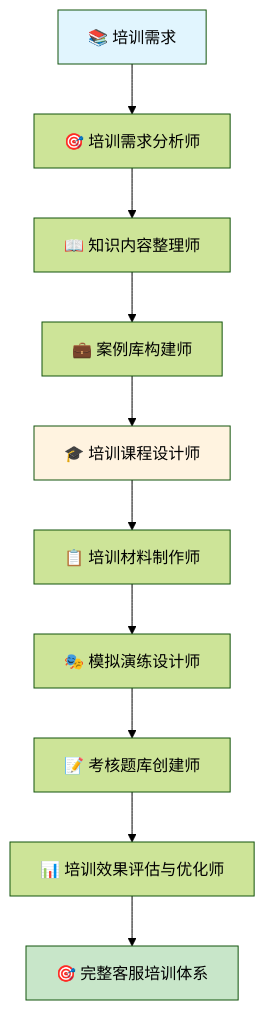
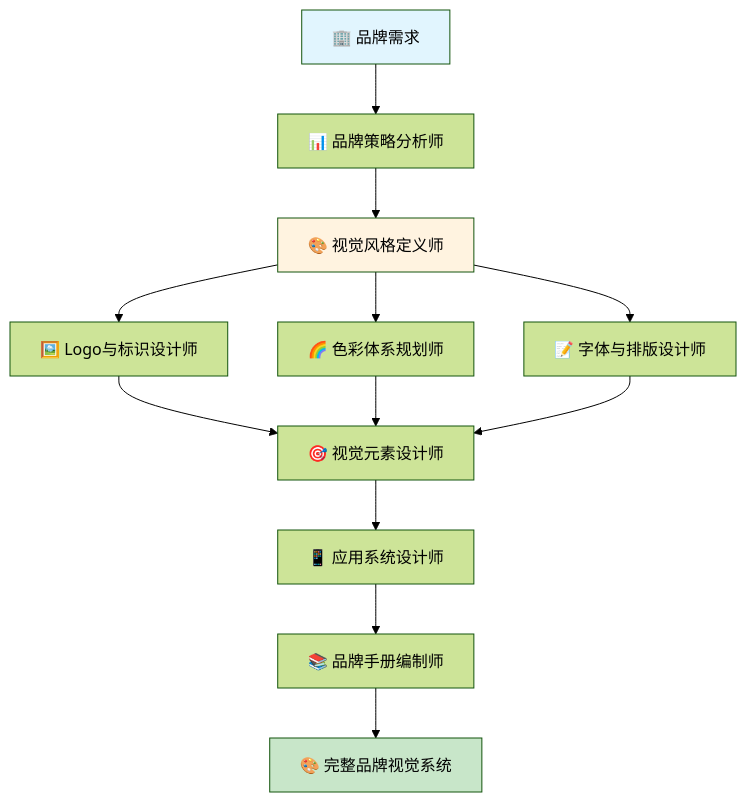
Before and after one commit to pftom/refly-use-cases: the ninth of 21 diagrams in use-cases/detailed-use-cases.md, drawn with Mermaid (forest theme). The commit also changed other lines of this file and 1 other file, not shown here.

````diff
--- a/use-cases/detailed-use-cases.md
+++ b/use-cases/detailed-use-cases.md
@@ -1027,16 +870,18 @@
 ```mermaid
 graph TD
-    A[📚 培训需求] --> B[🎯 培训需求分析师]
-    B --> C[📖 知识内容整理师]
-    C --> D[💼 案例库构建师]
-    D --> E[🎓 培训课程设计师]
-    E --> F[📋 培训材料制作师]
-    F --> G[🎭 模拟演练设计师]
-    G --> H[📝 考核题库创建师]
-    H --> I[📊 培训效果评估与优化师]
-    I --> J[🎯 完整客服培训体系]
+    A[🏢 品牌需求] --> B[📊 品牌策略分析师]
+    B --> C[🎨 视觉风格定义师]
+    C --> D[🖼️ Logo与标识设计师]
+    C --> E[🌈 色彩体系规划师]
+    C --> F[📝 字体与排版设计师]
+    D --> G[🎯 视觉元素设计师]
+    E --> G
+    F --> G
+    G --> H[📱 应用系统设计师]
+    H --> I[📚 品牌手册编制师]
+    I --> J[🎨 完整品牌视觉系统]
     
     style A fill:#e1f5fe
     style J fill:#c8e6c9
-    style E fill:#fff3e0
+    style C fill:#fff3e0
 ```
````
